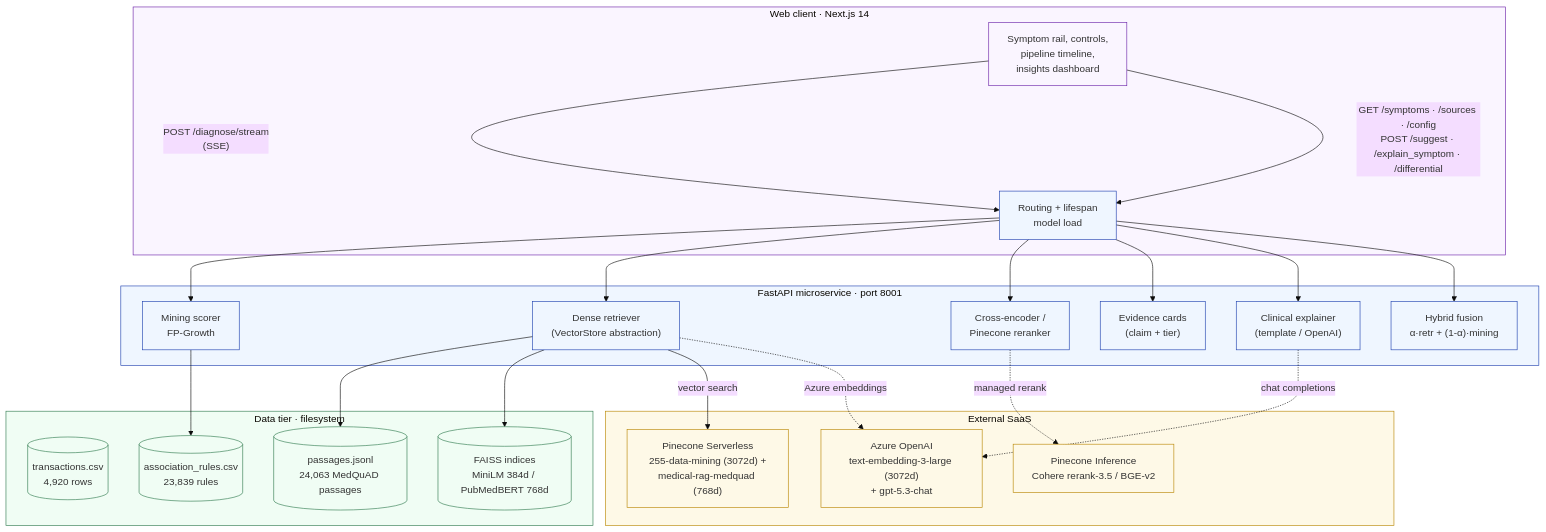
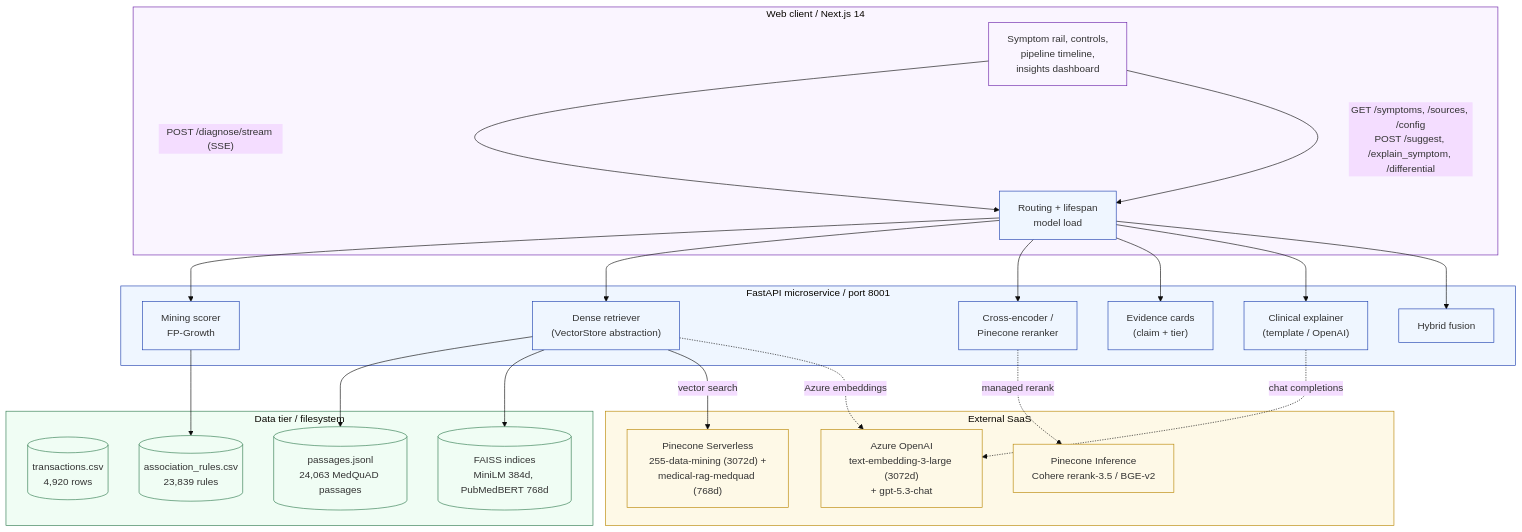
Before and after one commit to sakshat-patil/Symptom-Based-Disease-Identification-via-RAG: the diagram in README.md, drawn with Mermaid (base theme). The commit also changed other lines of this file and 19 other files, not shown here.

````diff
--- a/README.md
+++ b/README.md
@@ -55,48 +55,48 @@
 ```mermaid
 flowchart TB
-    subgraph CLIENT["Web client · Next.js 14"]
+    subgraph CLIENT["Web client / Next.js 14"]
         UI["Symptom rail, controls,<br/>pipeline timeline,<br/>insights dashboard"]
-        UI -->|"POST /diagnose/stream<br/>(SSE)"| API
-        UI -->|"GET /symptoms · /sources · /config<br/>POST /suggest · /explain_symptom · /differential"| API
+        UI -->|"POST /diagnose/stream (SSE)"| API
+        UI -->|"GET /symptoms, /sources, /config<br/>POST /suggest, /explain_symptom, /differential"| API
     end
 
-    subgraph SERVICE["FastAPI microservice · port 8001"]
+    subgraph SERVICE["FastAPI microservice / port 8001"]
         API["Routing + lifespan<br/>model load"]
         API --> MINER["Mining scorer<br/>FP-Growth"]
         API --> RETR["Dense retriever<br/>(VectorStore abstraction)"]
         API --> RERANK["Cross-encoder /<br/>Pinecone reranker"]
         API --> EVID["Evidence cards<br/>(claim + tier)"]
         API --> EXPL["Clinical explainer<br/>(template / OpenAI)"]
-        API --> FUSE["Hybrid fusion<br/>α·retr + (1-α)·mining"]
+        API --> FUSE["Hybrid fusion"]
     end
 
-    subgraph DATA["Data tier · filesystem"]
+    subgraph DATA["Data tier / filesystem"]
         TX[("transactions.csv<br/>4,920 rows")]
         AR[("association_rules.csv<br/>23,839 rules")]
         PASS[("passages.jsonl<br/>24,063 MedQuAD passages")]
-        FAISS[("FAISS indices<br/>MiniLM 384d / PubMedBERT 768d")]
+        FAISS[("FAISS indices<br/>MiniLM 384d, PubMedBERT 768d")]
     end
 
     subgraph EXT["External SaaS"]
         AZURE["Azure OpenAI<br/>text-embedding-3-large (3072d)<br/>+ gpt-5.3-chat"]
         PC["Pinecone Serverless<br/>255-data-mining (3072d) +<br/>medical-rag-medquad (768d)"]
         PCRR["Pinecone Inference<br/>Cohere rerank-3.5 / BGE-v2"]
     end
 
     MINER --> AR
     RETR --> PASS
     RETR --> FAISS
     RETR -->|"vector search"| PC
     RETR -.->|"Azure embeddings"| AZURE
     RERANK -.->|"managed rerank"| PCRR
     EXPL -.->|"chat completions"| AZURE
 
     classDef external fill:#fef9e7,stroke:#b88500
     class EXT,AZURE,PC,PCRR external
     classDef storage fill:#f0fdf4,stroke:#2f7a4f
     class DATA,TX,AR,PASS,FAISS storage
     classDef service fill:#eff6ff,stroke:#1e40af
     class SERVICE,API,MINER,RETR,RERANK,EVID,EXPL,FUSE service
     classDef client fill:#faf5ff,stroke:#6b21a8
     class CLIENT,UI client
 ```
````
